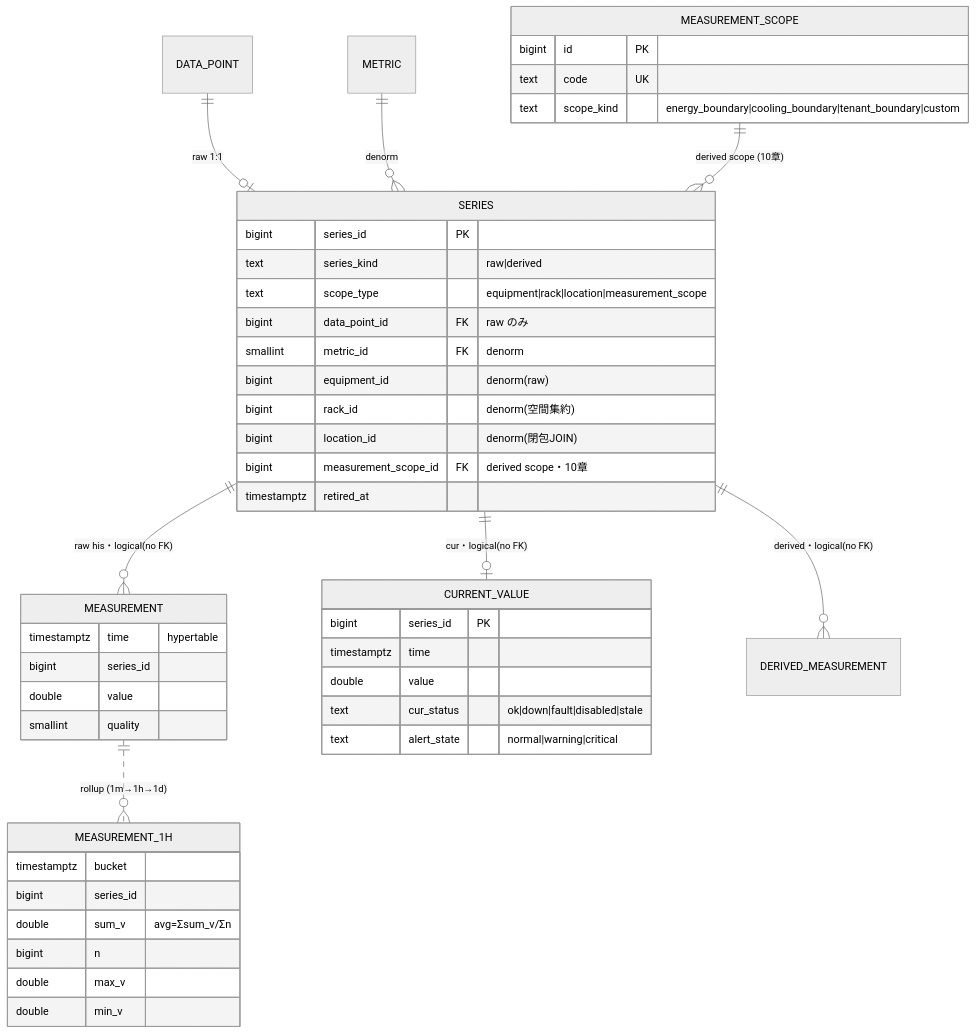
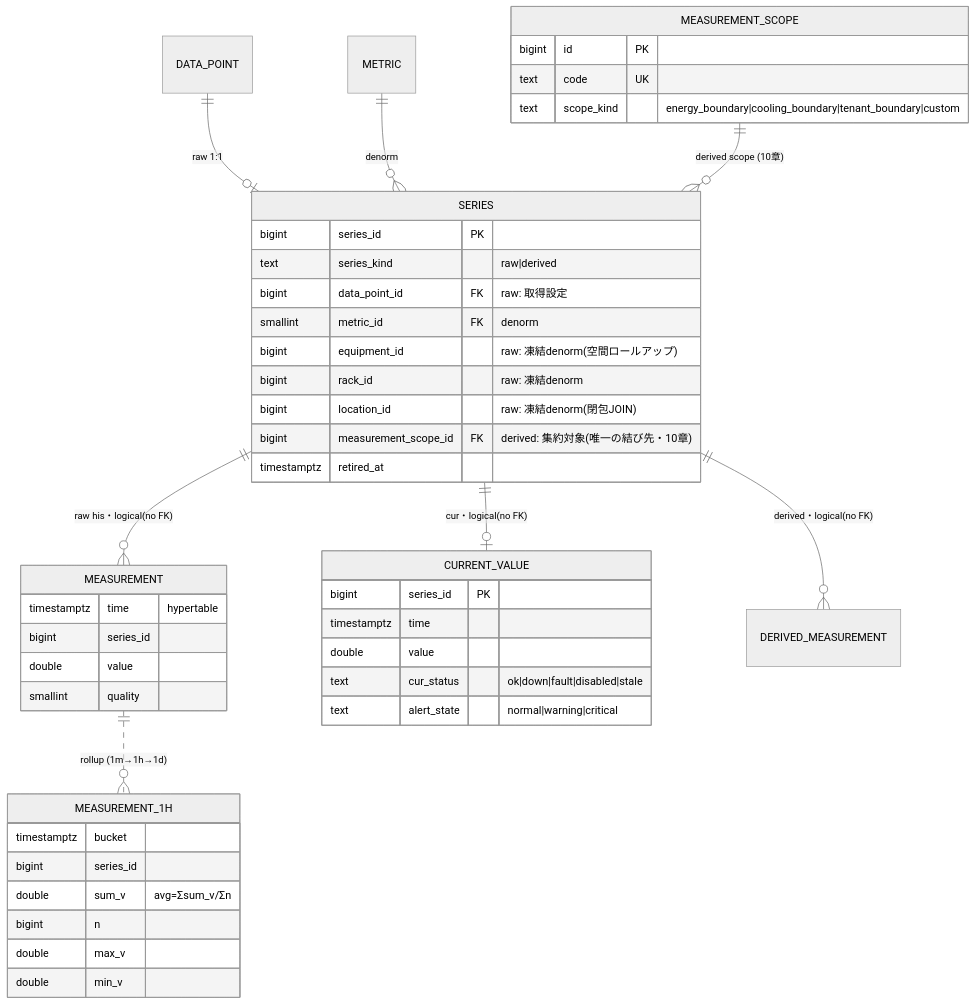
One commit to hn-11/dcim-schema-design changed the sixth of 9 diagrams in 03-finalists.md. Above: the diagram before and after it, drawn with Mermaid (neutral theme). The commit also changed other lines of this file and 3 other files, not shown here.

First line of the commit message:
refactor(schema): series の多態 scope_type を撤去し集約対象を measurement_scope に一本化 + 解説章13

````diff
--- a/03-finalists.md
+++ b/03-finalists.md
@@ -337,49 +337,48 @@
 ```mermaid
 erDiagram
     DATA_POINT ||--o| SERIES : "raw 1:1"
     METRIC ||--o{ SERIES : "denorm"
     MEASUREMENT_SCOPE ||--o{ SERIES : "derived scope (10章)"
     SERIES ||--o{ MEASUREMENT : "raw his・logical(no FK)"
     SERIES ||--o| CURRENT_VALUE : "cur・logical(no FK)"
     SERIES ||--o{ DERIVED_MEASUREMENT : "derived・logical(no FK)"
     MEASUREMENT ||..o{ MEASUREMENT_1H : "rollup (1m→1h→1d)"
 
     MEASUREMENT_SCOPE {
         bigint id PK
         text code UK
         text scope_kind "energy_boundary|cooling_boundary|tenant_boundary|custom"
     }
     SERIES {
         bigint series_id PK
         text series_kind "raw|derived"
-        text scope_type "equipment|rack|location|measurement_scope"
-        bigint data_point_id FK "raw のみ"
+        bigint data_point_id FK "raw: 取得設定"
         smallint metric_id FK "denorm"
-        bigint equipment_id "denorm(raw)"
-        bigint rack_id "denorm(空間集約)"
-        bigint location_id "denorm(閉包JOIN)"
-        bigint measurement_scope_id FK "derived scope・10章"
+        bigint equipment_id "raw: 凍結denorm(空間ロールアップ)"
+        bigint rack_id "raw: 凍結denorm"
+        bigint location_id "raw: 凍結denorm(閉包JOIN)"
+        bigint measurement_scope_id FK "derived: 集約対象(唯一の結び先・10章)"
         timestamptz retired_at
     }
     MEASUREMENT {
         timestamptz time "hypertable"
         bigint series_id
         double value
         smallint quality
     }
     CURRENT_VALUE {
         bigint series_id PK
         timestamptz time
         double value
         text cur_status "ok|down|fault|disabled|stale"
         text alert_state "normal|warning|critical"
     }
     MEASUREMENT_1H {
         timestamptz bucket
         bigint series_id
         double sum_v "avg=Σsum_v/Σn"
         bigint n
         double max_v
         double min_v
     }
 ```
````
